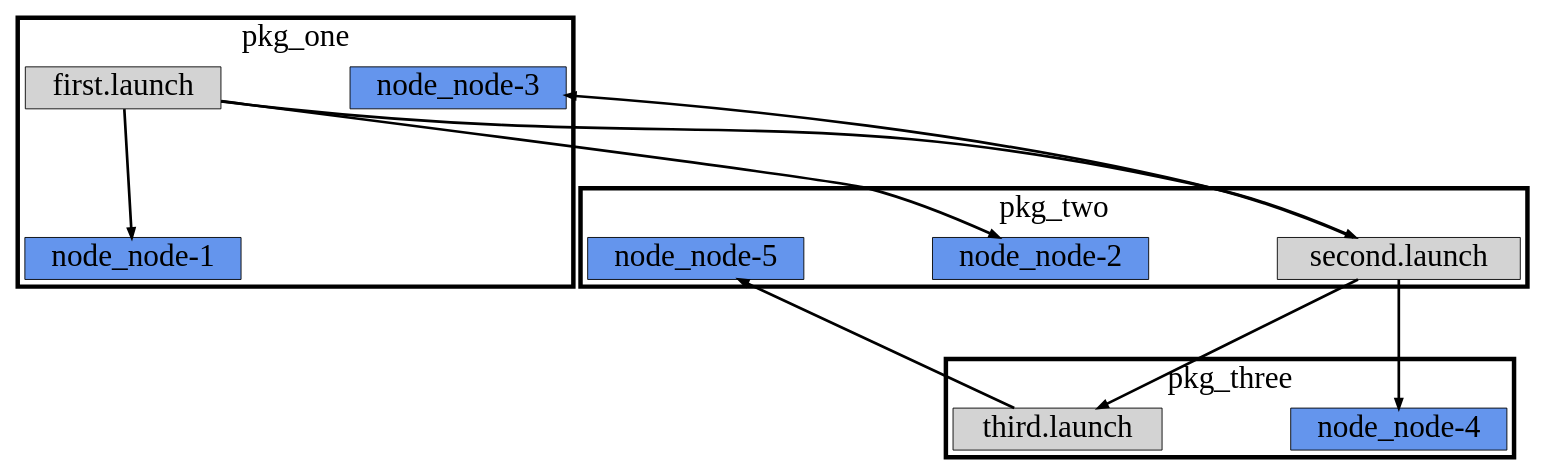
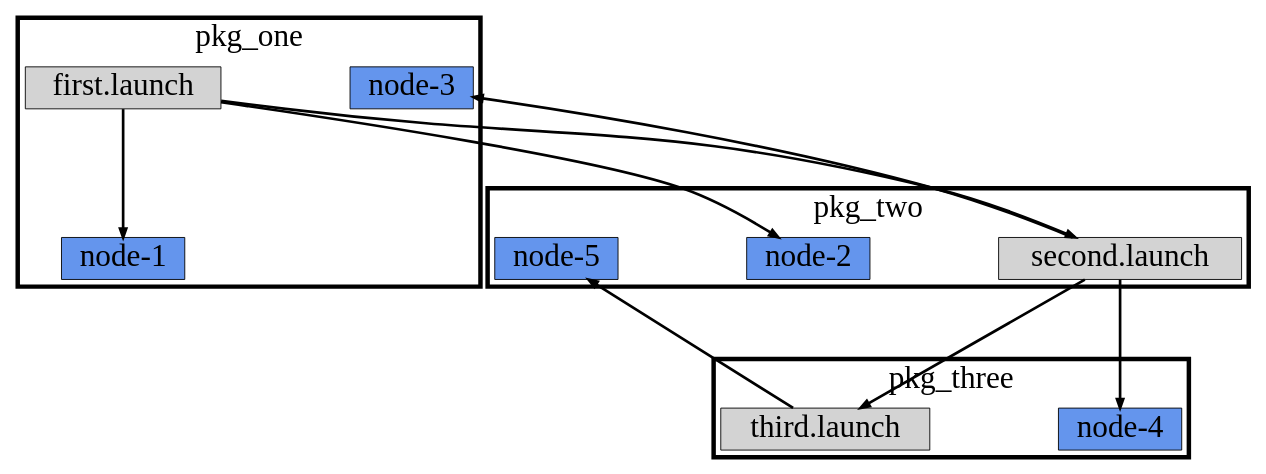
The diagram in examples/first.dot (bponsler/roslaunch_to_dot), drawn with Graphviz before and after one commit. The commit also changed 3 other files, not shown here.

```diff
--- a/examples/first.dot
+++ b/examples/first.dot
@@ -1,64 +1,64 @@
 digraph first_launch_graph {
     /**
-      * This dot file was automatically generated on 2016-01-14 23:20:51.542741
+      * This dot file was automatically generated on 2016-01-14 23:25:36.936852
       * By the command:
       *    ./roslaunch-to-dot.py --png /home/bponsler/sandbox/catkin_ws/src/pkg_one/launch/first.launch examples/first.dot
       *
       * This launch graph has the following properties:
       *    - it contains 3 ROS packages
       *    - it contains 3 ROS launch files
       *    - it contains 5 ROS nodes
      */
     graph [fontsize=35, ranksep=2, nodesep=2];
     node [fontsize=35];
     compound=true;
 
     // Subgraph for package: pkg_one
     subgraph cluster_0 {
         label="pkg_one";
         penwidth=5;  // Thicker borders on clusters
 
         // Launch files contained in this package
         "launch_first" [label="first.launch", shape=rectangle, style=filled, fillcolor="#d3d3d3"];
 
         // ROS nodes contained in this package
-        "node_node-1" [shape=rectangle, style=filled, fillcolor="#6495ed"];
-        "node_node-3" [shape=rectangle, style=filled, fillcolor="#6495ed"];
+        "node_node-1" [label="node-1" shape=rectangle, style=filled, fillcolor="#6495ed"];
+        "node_node-3" [label="node-3" shape=rectangle, style=filled, fillcolor="#6495ed"];
     }
 
     // Subgraph for package: pkg_two
     subgraph cluster_1 {
         label="pkg_two";
         penwidth=5;  // Thicker borders on clusters
 
         // Launch files contained in this package
         "launch_second" [label="second.launch", shape=rectangle, style=filled, fillcolor="#d3d3d3"];
 
         // ROS nodes contained in this package
-        "node_node-2" [shape=rectangle, style=filled, fillcolor="#6495ed"];
-        "node_node-5" [shape=rectangle, style=filled, fillcolor="#6495ed"];
+        "node_node-2" [label="node-2" shape=rectangle, style=filled, fillcolor="#6495ed"];
+        "node_node-5" [label="node-5" shape=rectangle, style=filled, fillcolor="#6495ed"];
     }
 
     // Subgraph for package: pkg_three
     subgraph cluster_2 {
         label="pkg_three";
         penwidth=5;  // Thicker borders on clusters
 
         // Launch files contained in this package
         "launch_third" [label="third.launch", shape=rectangle, style=filled, fillcolor="#d3d3d3"];
 
         // ROS nodes contained in this package
-        "node_node-4" [shape=rectangle, style=filled, fillcolor="#6495ed"];
+        "node_node-4" [label="node-4" shape=rectangle, style=filled, fillcolor="#6495ed"];
     }
 
     // Add connections between launch files
     "launch_first" -> "launch_second" [penwidth=3, color=black];
     "launch_second" -> "launch_third" [penwidth=3, color=black];
 
     // Add connections between launch files and nodes
     "launch_first" -> "node_node-1" [penwidth=3];
     "launch_second" -> "node_node-3" [penwidth=3];
     "launch_first" -> "node_node-2" [penwidth=3];
     "launch_third" -> "node_node-5" [penwidth=3];
     "launch_second" -> "node_node-4" [penwidth=3];
 }
```
